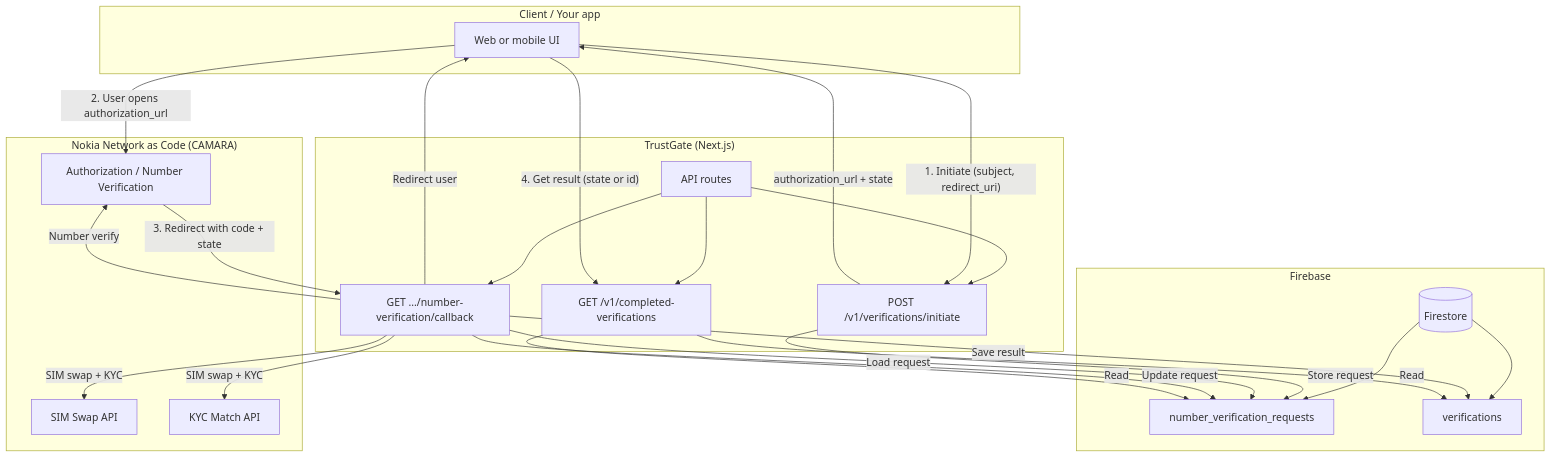
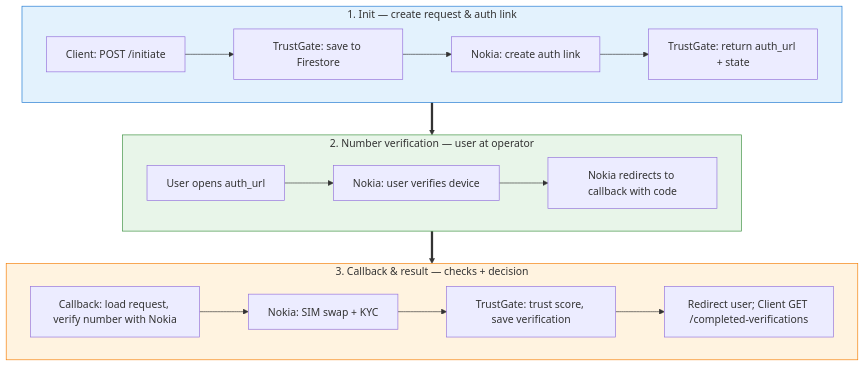
Before and after one commit to rtewierik/trustgate: the first of 4 diagrams in docs/ARCHITECTURE.md, drawn with Mermaid. The commit also changed other lines of this file, not shown here.

Commit message:
fix: Update architecture diagram for technical pitch.

````diff
--- a/docs/ARCHITECTURE.md
+++ b/docs/ARCHITECTURE.md
@@ -9,44 +11,34 @@
 ```mermaid
 flowchart TB
-  subgraph Client["Client / Your app"]
-    UI[Web or mobile UI]
+  subgraph PHASE1["1. Init — create request & auth link"]
+    direction LR
+    P1A[Client: POST /initiate]
+    P1B[TrustGate: save to Firestore]
+    P1C[Nokia: create auth link]
+    P1D[TrustGate: return auth_url + state]
+    P1A --> P1B --> P1C --> P1D
   end
 
-  subgraph TrustGate["TrustGate (Next.js)"]
-    API[API routes]
-    Init[POST /v1/verifications/initiate]
-    Callback[GET .../number-verification/callback]
-    Completed[GET /v1/completed-verifications]
-    API --> Init
-    API --> Callback
-    API --> Completed
+  subgraph PHASE2["2. Number verification — user at operator"]
+    direction LR
+    P2A[User opens auth_url]
+    P2B[Nokia: user verifies device]
+    P2C[Nokia redirects to callback with code]
+    P2A --> P2B --> P2C
   end
 
-  subgraph Firebase["Firebase"]
-    Firestore[(Firestore)]
-    Firestore --> Req[number_verification_requests]
-    Firestore --> Ver[verifications]
+  subgraph PHASE3["3. Callback & result — checks + decision"]
+    direction LR
+    P3A[Callback: load request, verify number with Nokia]
+    P3B[Nokia: SIM swap + KYC]
+    P3C[TrustGate: trust score, save verification]
+    P3D[Redirect user; Client GET /completed-verifications]
+    P3A --> P3B --> P3C --> P3D
   end
 
-  subgraph NAC["Nokia Network as Code (CAMARA)"]
-    Auth[Authorization / Number Verification]
-    SimSwap[SIM Swap API]
-    KYC[KYC Match API]
-  end
+  PHASE1 ==> PHASE2 ==> PHASE3
 
-  UI -->|"1. Initiate (subject, redirect_uri)"| Init
-  Init -->|Store request| Req
-  Init -->|authorization_url + state| UI
-  UI -->|"2. User opens authorization_url"| Auth
-  Auth -->|"3. Redirect with code + state"| Callback
-  Callback -->|Load request| Req
-  Callback -->|Number verify| Auth
-  Callback -->|SIM swap + KYC| SimSwap
-  Callback -->|SIM swap + KYC| KYC
-  Callback -->|Save result| Ver
-  Callback -->|Update request| Req
-  Callback -->|Redirect user| UI
-  UI -->|"4. Get result (state or id)"| Completed
-  Completed -->|Read| Req
-  Completed -->|Read| Ver
+  style PHASE1 fill:#E3F2FD,stroke:#1976D2
+  style PHASE2 fill:#E8F5E9,stroke:#388E3C
+  style PHASE3 fill:#FFF3E0,stroke:#F57C00
 ```
````
